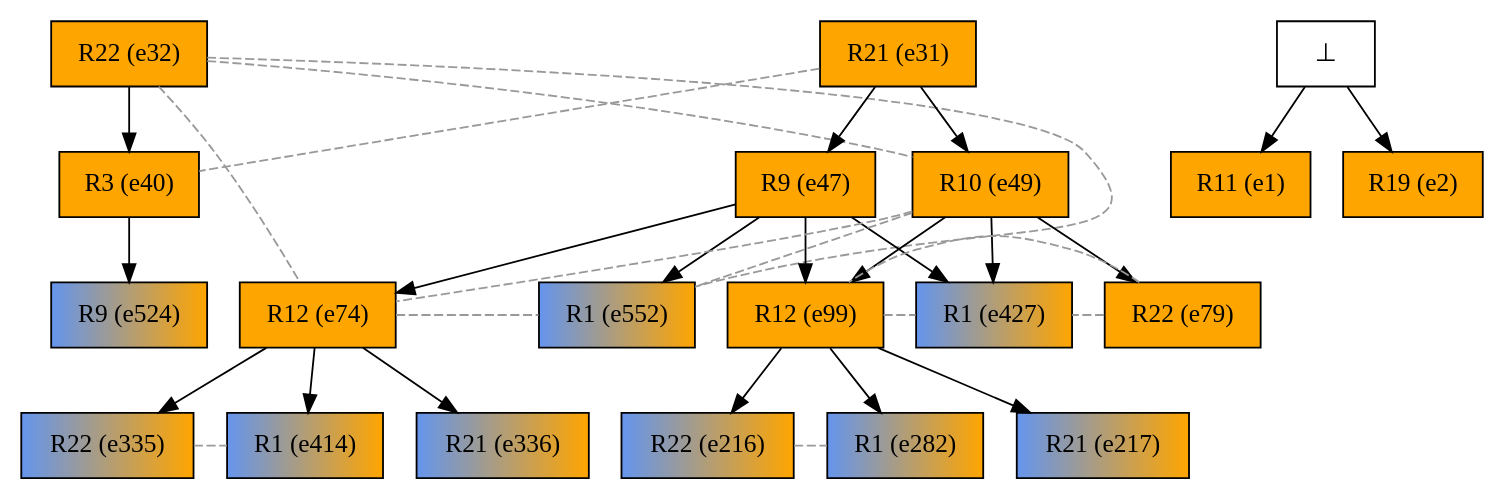
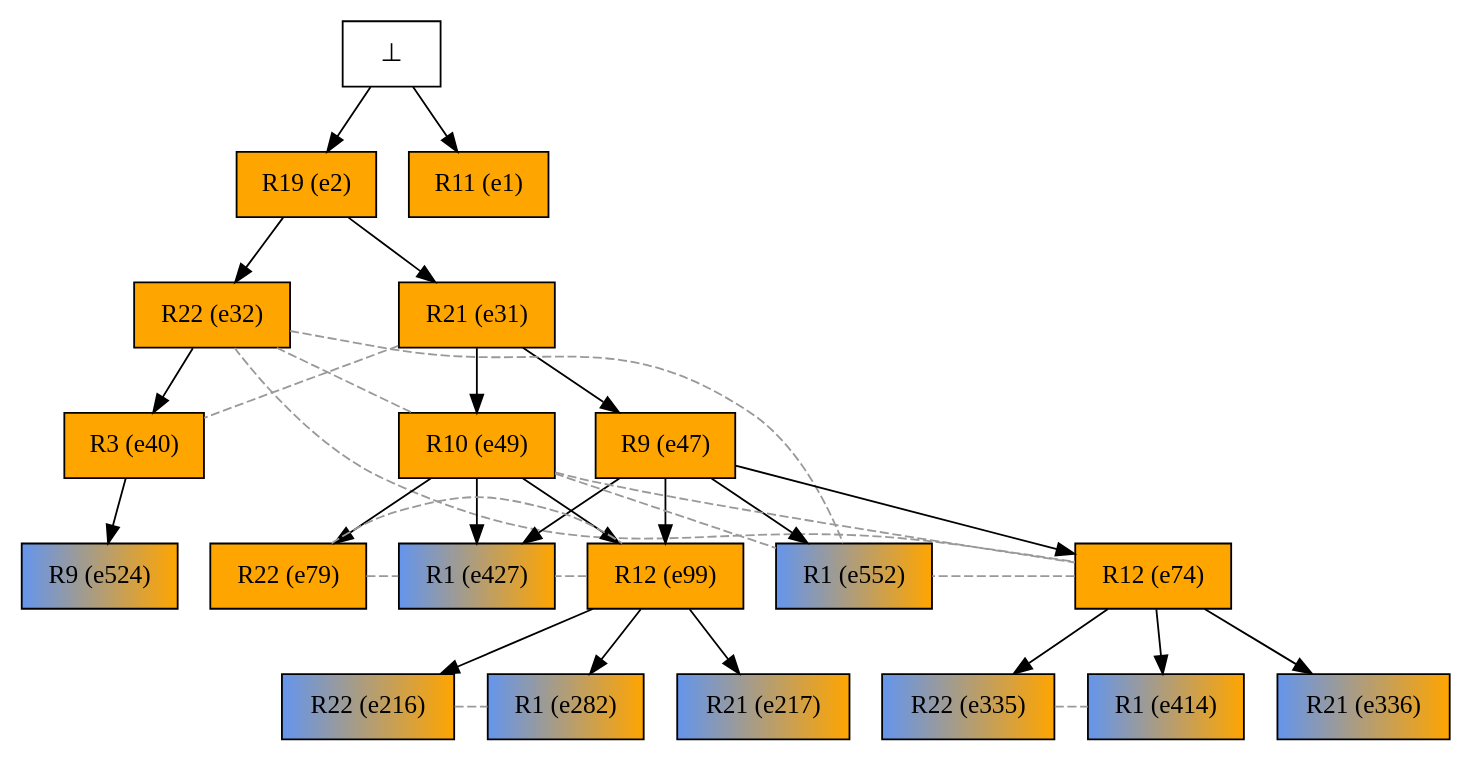
The diagram in examples/oursin_tasmanie/mrk_instances/urc2alg+/sorted/tasmanie_urc2alg_10-18confs/tasmanie_urc2alg_10-18confs.dot (giannkas/ecofolder), drawn with Graphviz before and after one commit. The commit also changed 49 other files, not shown here.

```diff
--- a/examples/oursin_tasmanie/mrk_instances/urc2alg+/sorted/tasmanie_urc2alg_10-18confs/tasmanie_urc2alg_10-18confs.dot
+++ b/examples/oursin_tasmanie/mrk_instances/urc2alg+/sorted/tasmanie_urc2alg_10-18confs/tasmanie_urc2alg_10-18confs.dot
@@ -1,56 +1,58 @@
 digraph test {
+  e2 -> e31;
+  e2 -> e32;
   e32 -> e40;
   e31 -> e47;
   e31 -> e49;
   e47 -> e74;
   e49 -> e79;
   e47 -> e99;
   e49 -> e99;
   e99 -> e216;
   e99 -> e217;
   e99 -> e282;
   e74 -> e335;
   e74 -> e336;
   e74 -> e414;
   e47 -> e427;
   e49 -> e427;
   e40 -> e524;
   e47 -> e552;
   e0 -> e1;
   e0 -> e2;
 
 //conflicts
   e31 -> e40 [arrowhead=none color=gray60 style=dashed constraint=false];
   e32 -> e49 [arrowhead=none color=gray60 style=dashed constraint=false];
   e32 -> e74 [arrowhead=none color=gray60 style=dashed constraint=false];
   e32 -> e552 [arrowhead=none color=gray60 style=dashed constraint=false];
   e49 -> e74 [arrowhead=none color=gray60 style=dashed constraint=false];
   e49 -> e552 [arrowhead=none color=gray60 style=dashed constraint=false];
   e74 -> e552 [arrowhead=none color=gray60 style=dashed constraint=false];
   e79 -> e99 [arrowhead=none color=gray60 style=dashed constraint=false];
   e79 -> e427 [arrowhead=none color=gray60 style=dashed constraint=false];
   e99 -> e427 [arrowhead=none color=gray60 style=dashed constraint=false];
   e216 -> e282 [arrowhead=none color=gray60 style=dashed constraint=false];
   e335 -> e414 [arrowhead=none color=gray60 style=dashed constraint=false];
 
   e1 [color="black" fillcolor="orange:orange" label="R11 (e1)" shape=box style=filled];
   e2 [color="black" fillcolor="orange:orange" label="R19 (e2)" shape=box style=filled];
   e31 [color="black" fillcolor="orange:orange" label="R21 (e31)" shape=box style=filled];
   e32 [color="black" fillcolor="orange:orange" label="R22 (e32)" shape=box style=filled];
   e40 [color="black" fillcolor="orange:orange" label="R3 (e40)" shape=box style=filled];
   e47 [color="black" fillcolor="orange:orange" label="R9 (e47)" shape=box style=filled];
   e49 [color="black" fillcolor="orange:orange" label="R10 (e49)" shape=box style=filled];
   e74 [color="black" fillcolor="orange:orange" label="R12 (e74)" shape=box style=filled];
   e79 [color="black" fillcolor="orange:orange" label="R22 (e79)" shape=box style=filled];
   e99 [color="black" fillcolor="orange:orange" label="R12 (e99)" shape=box style=filled];
   e216 [color="black" fillcolor="cornflowerblue:orange" label="R22 (e216)" shape=box style=filled];
   e217 [color="black" fillcolor="cornflowerblue:orange" label="R21 (e217)" shape=box style=filled];
   e282 [color="black" fillcolor="cornflowerblue:orange" label="R1 (e282)" shape=box style=filled];
   e335 [color="black" fillcolor="cornflowerblue:orange" label="R22 (e335)" shape=box style=filled];
   e336 [color="black" fillcolor="cornflowerblue:orange" label="R21 (e336)" shape=box style=filled];
   e414 [color="black" fillcolor="cornflowerblue:orange" label="R1 (e414)" shape=box style=filled];
   e427 [color="black" fillcolor="cornflowerblue:orange" label="R1 (e427)" shape=box style=filled];
   e524 [color="black" fillcolor="cornflowerblue:orange" label="R9 (e524)" shape=box style=filled];
   e552 [color="black" fillcolor="cornflowerblue:orange" label="R1 (e552)" shape=box style=filled];
   e0 [fillcolor="white" label="⊥" shape=box style=filled];
 }
```
